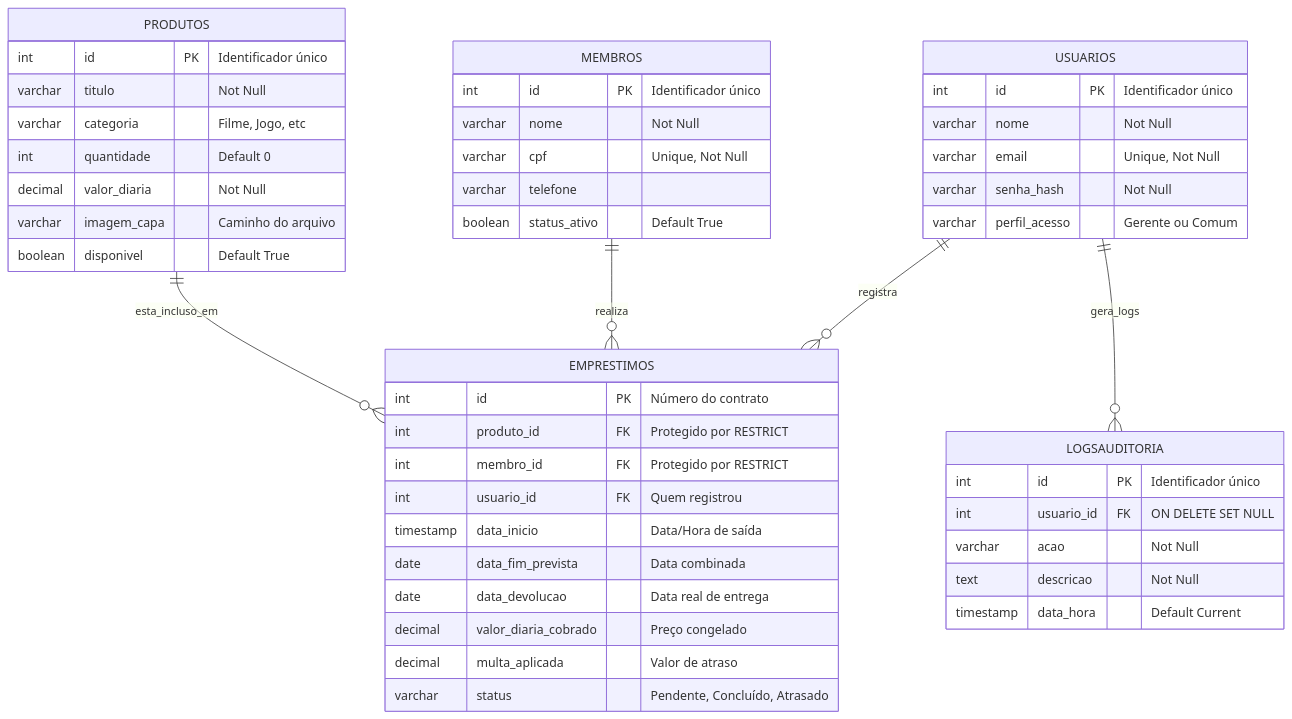
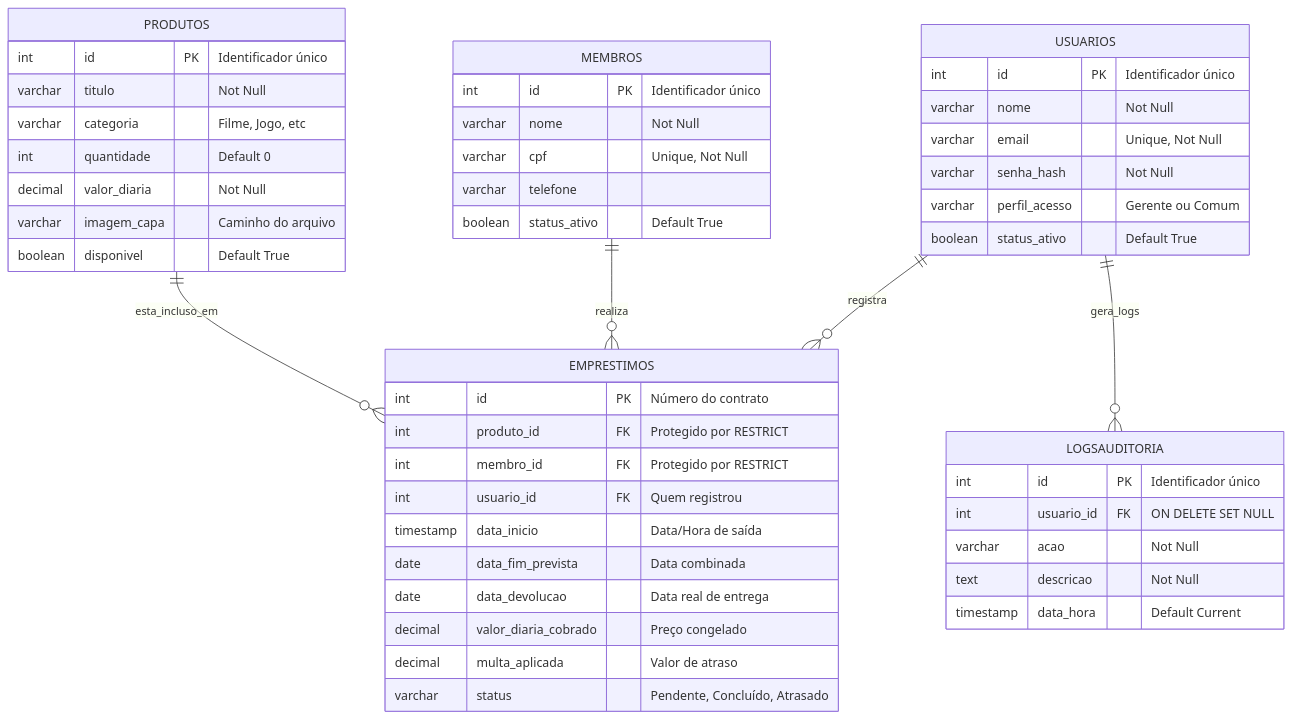
Before and after one commit to inumaki-david/Geek-Hub: the first of 4 diagrams in README.md, drawn with Mermaid. The commit also changed other lines of this file and 1 other file, not shown here.

````diff
--- a/README.md
+++ b/README.md
@@ -302,61 +307,62 @@
 ```mermaid
 erDiagram
     %% Tabela de Usuários (Funcionários/Gerentes)
     USUARIOS {
         int id PK "Identificador único"
         varchar nome "Not Null"
         varchar email "Unique, Not Null"
         varchar senha_hash "Not Null"
         varchar perfil_acesso "Gerente ou Comum"
+        boolean status_ativo "Default True"
     }
 
     %% Tabela de Membros (Clientes)
     MEMBROS {
         int id PK "Identificador único"
         varchar nome "Not Null"
         varchar cpf "Unique, Not Null"
         varchar telefone ""
         boolean status_ativo "Default True"
     }
 
-    %% Tabela de ProdutosAcervo)
+    %% Tabela de Produtos (Acervo)
     PRODUTOS {
         int id PK "Identificador único"
         varchar titulo "Not Null" 
         varchar categoria "Filme, Jogo, etc"
         int quantidade "Default 0"
         decimal valor_diaria "Not Null"
         varchar imagem_capa "Caminho do arquivo"
         boolean disponivel "Default True"
     }
 
     %% Tabela de Empréstimos (Transações)
     EMPRESTIMOS {
         int id PK "Número do contrato"
         int produto_id FK "Protegido por RESTRICT"
         int membro_id FK "Protegido por RESTRICT"
         int usuario_id FK "Quem registrou"
         timestamp data_inicio "Data/Hora de saída"
         date data_fim_prevista "Data combinada"
         date data_devolucao "Data real de entrega"
         decimal valor_diaria_cobrado "Preço congelado"
         decimal multa_aplicada "Valor de atraso"
         varchar status "Pendente, Concluído, Atrasado"
     }
 
     %% Tabela de Logs (Auditoria)
     LOGSAUDITORIA {
         int id PK "Identificador único"
         int usuario_id FK "ON DELETE SET NULL"
         varchar acao "Not Null"
         text descricao "Not Null"
         timestamp data_hora "Default Current"
     }
 
     %% Relações (Cardinalidade)
     USUARIOS ||--o{ EMPRESTIMOS : "registra"
     MEMBROS ||--o{ EMPRESTIMOS : "realiza"
     PRODUTOS ||--o{ EMPRESTIMOS : "esta_incluso_em"
     USUARIOS ||--o{ LOGSAUDITORIA : "gera_logs"
 
 ```
````
